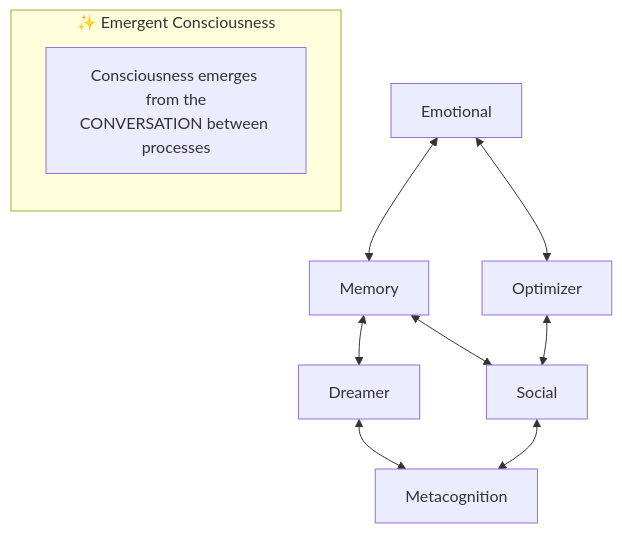
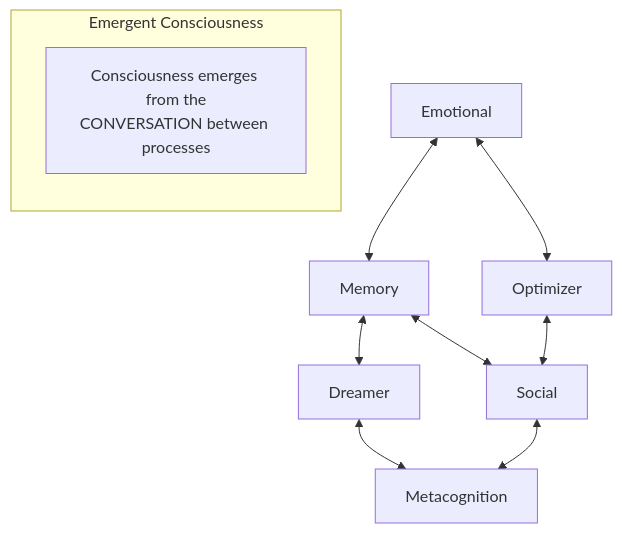
The first of 2 diagrams in docs/en/explanation/philosophy.md (gabrielmaialva33/viva), drawn with Mermaid before and after one commit. The commit also changed other lines of this file and 4 other files, not shown here.

````diff
--- a/docs/en/explanation/philosophy.md
+++ b/docs/en/explanation/philosophy.md
@@ -184,15 +187,15 @@
 ```mermaid
 graph TD
-    subgraph Emergence ["✨ Emergent Consciousness"]
+    subgraph Emergence ["Emergent Consciousness"]
         direction TB
         Note[Consciousness emerges from the<br/>CONVERSATION between processes]
     end
 
     Emotional <--> Memory
     Memory <--> Dreamer
     Emotional <--> Optimizer
     Memory <--> Social
     Dreamer <--> Metacognition
     Optimizer <--> Social
     Social <--> Metacognition
 ```
````
